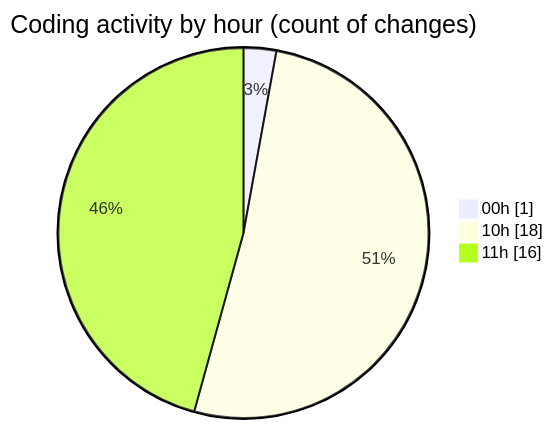
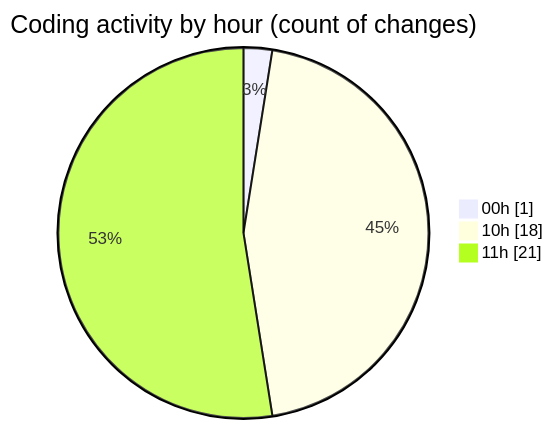
One commit to Ritupan-Deka/code-tracking changed the second of 2 diagrams in 2025-07-08/urlwebwala_intership_work/README.md. Above: the diagram before and after it, drawn with Mermaid. The commit also changed other lines of this file and 1 other file, not shown here.

````diff
--- a/2025-07-08/urlwebwala_intership_work/README.md
+++ b/2025-07-08/urlwebwala_intership_work/README.md
@@ -30,7 +30,7 @@
 ```mermaid
 pie showData
 title Coding activity by hour (count of changes)
 "00h" : 1
 "10h" : 18
-"11h" : 16
+"11h" : 21
 ```
````
